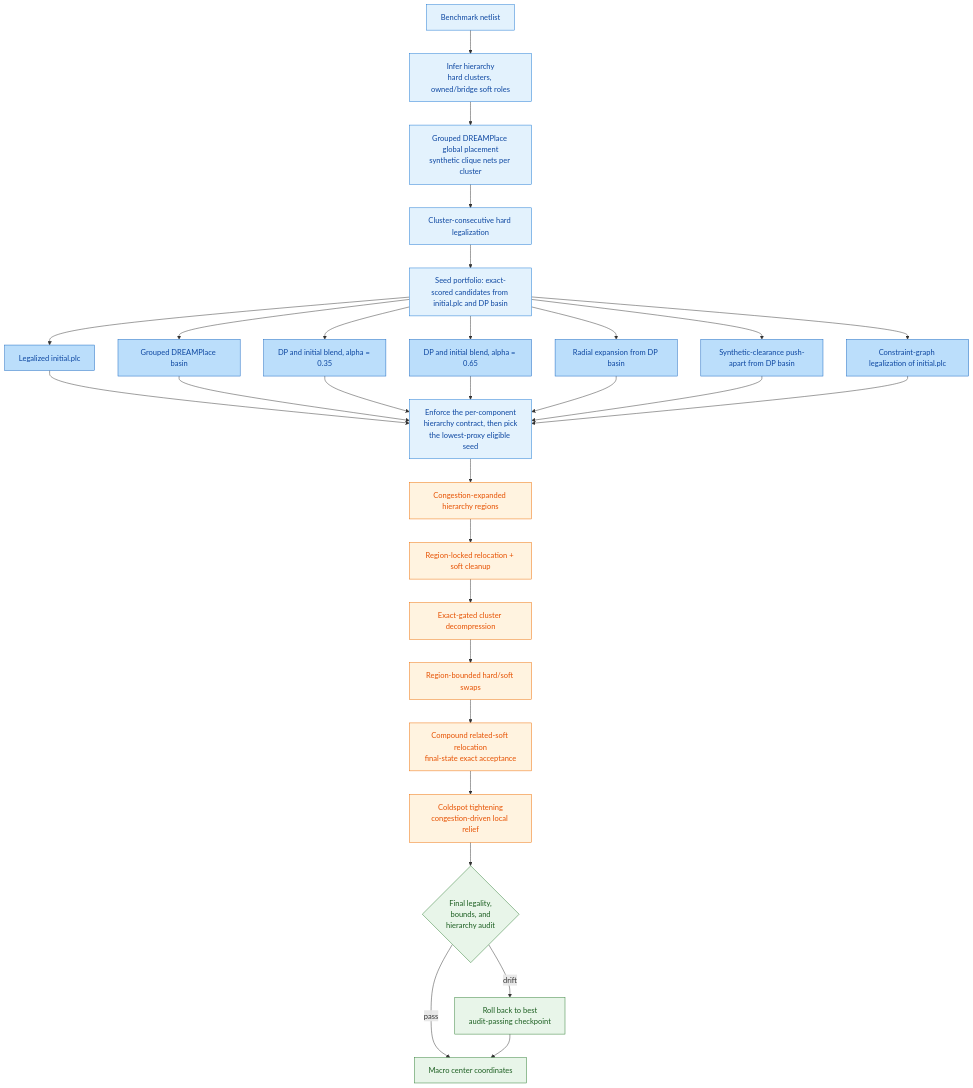
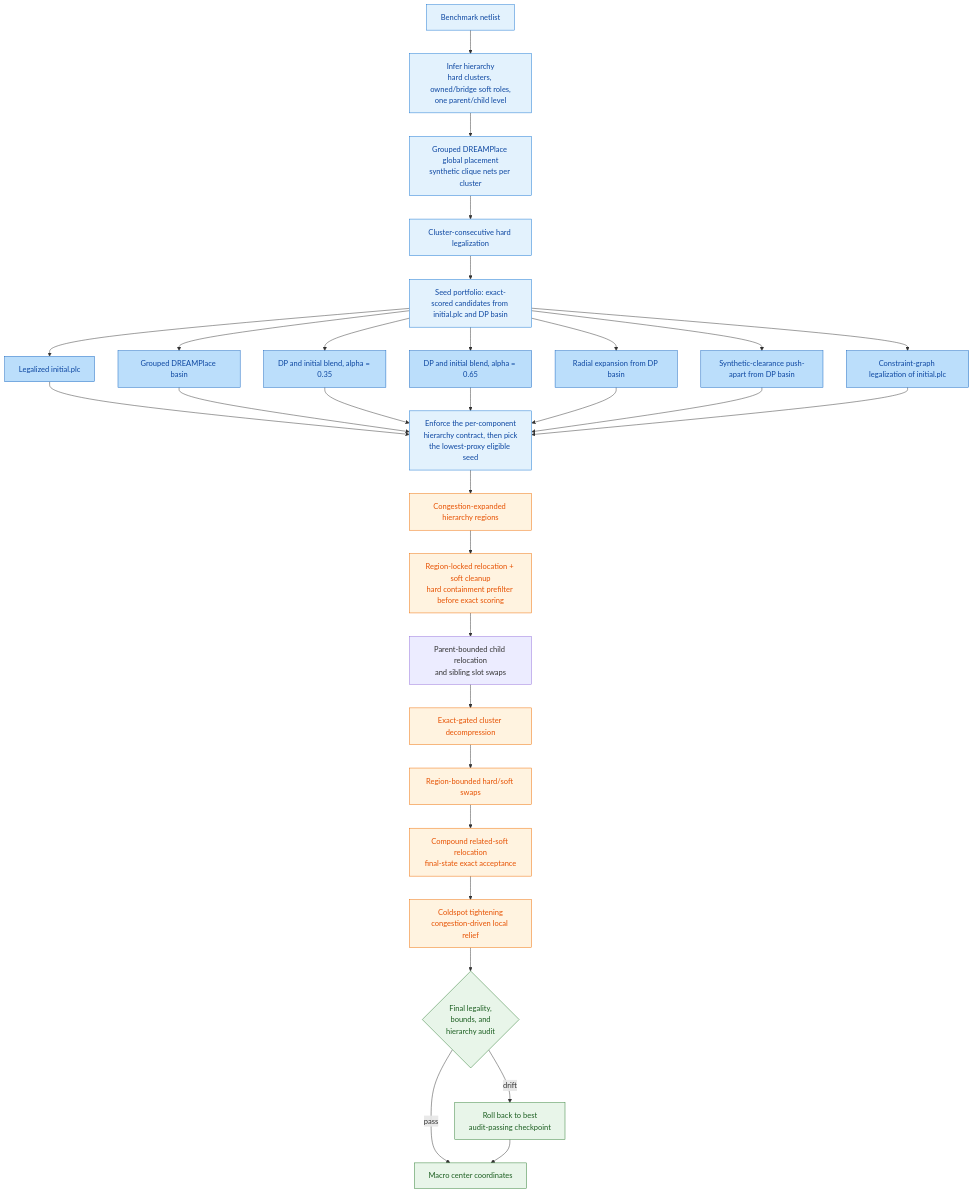
One commit to SameerSul/leetfm-macro-place-challenge-2026 changed the diagram in README.md. Above: the diagram before and after it, drawn with Mermaid. The commit also changed other lines of this file and 36 other files, not shown here.

Commit message:
Introduce 2 level heirarchy generation - Within each heirarchy, infer another layer of hierarchies and perform a series of swaps / relocs within that bubblem further improving our hierarchal inferencing:

````diff
--- a/README.md
+++ b/README.md
@@ -81,42 +96,43 @@
 ```mermaid
 flowchart TD
-    A[Benchmark netlist] --> B[Infer hierarchy<br/>hard clusters, owned/bridge soft roles]
+    A[Benchmark netlist] --> B[Infer hierarchy<br/>hard clusters, owned/bridge soft roles,<br/>one parent/child level]
     B --> C[Grouped DREAMPlace global placement<br/>synthetic clique nets per cluster]
     C --> D[Cluster-consecutive hard legalization]
 
     D --> P[Seed portfolio: exact-scored candidates from initial.plc and DP basin]
     P --> S0[Legalized initial.plc]
     P --> S1[Grouped DREAMPlace basin]
     P --> S2[DP and initial blend, alpha = 0.35]
     P --> S3[DP and initial blend, alpha = 0.65]
     P --> S4[Radial expansion from DP basin]
     P --> S5[Synthetic-clearance push-apart from DP basin]
     P --> S6[Constraint-graph legalization of initial.plc]
     S0 --> E[Enforce the per-component<br/>hierarchy contract, then pick<br/>the lowest-proxy eligible seed]
     S1 --> E
     S2 --> E
     S3 --> E
     S4 --> E
     S5 --> E
     S6 --> E
 
     E --> F[Congestion-expanded hierarchy regions]
-    F --> G[Region-locked relocation + soft cleanup]
-    G --> H[Exact-gated cluster decompression]
+    F --> G[Region-locked relocation + soft cleanup<br/>hard containment prefilter before exact scoring]
+    G --> G2[Parent-bounded child relocation<br/>and sibling slot swaps]
+    G2 --> H[Exact-gated cluster decompression]
     H --> I[Region-bounded hard/soft swaps]
     I --> I2[Compound related-soft relocation<br/>final-state exact acceptance]
     I2 --> J[Coldspot tightening<br/>congestion-driven local relief]
     J --> L{Final legality,<br/>bounds, and<br/>hierarchy audit}
     L -->|pass| M[Macro center coordinates]
     L -->|drift| N[Roll back to best<br/>audit-passing checkpoint]
     N --> M
 
     classDef seed fill:#e3f2fd,stroke:#1976d2,color:#0d47a1
     classDef cand fill:#bbdefb,stroke:#1565c0,color:#0d47a1
     classDef search fill:#fff3e0,stroke:#ef6c00,color:#e65100
     classDef audit fill:#e8f5e9,stroke:#2e7d32,color:#1b5e20
     class A,B,C,D,P,E seed
     class S0,S1,S2,S3,S4,S5,S6 cand
     class F,G,H,I,I2,J search
     class L,M,N audit
 ```
````
